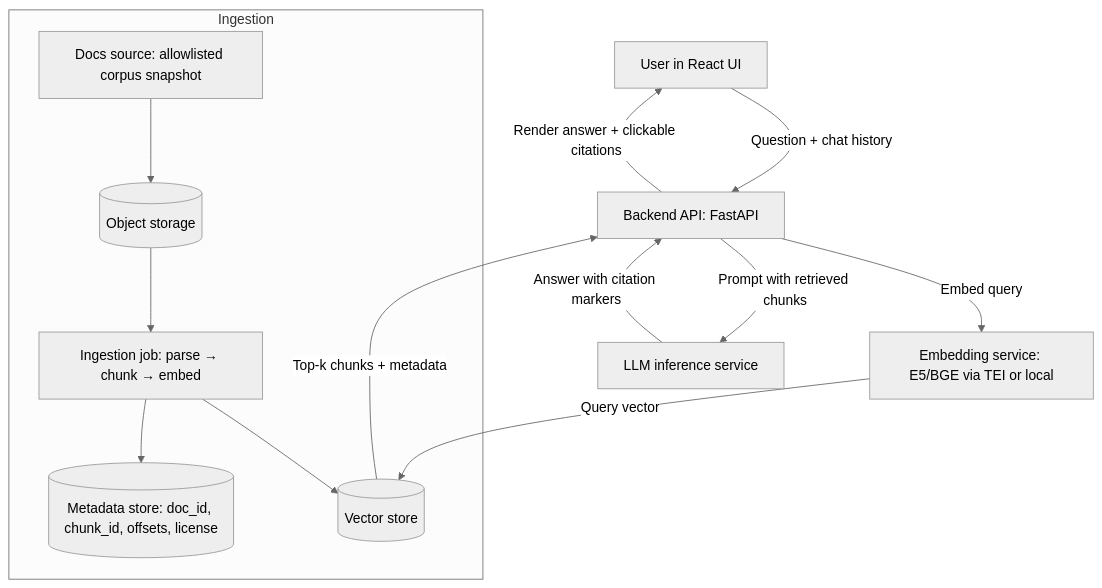
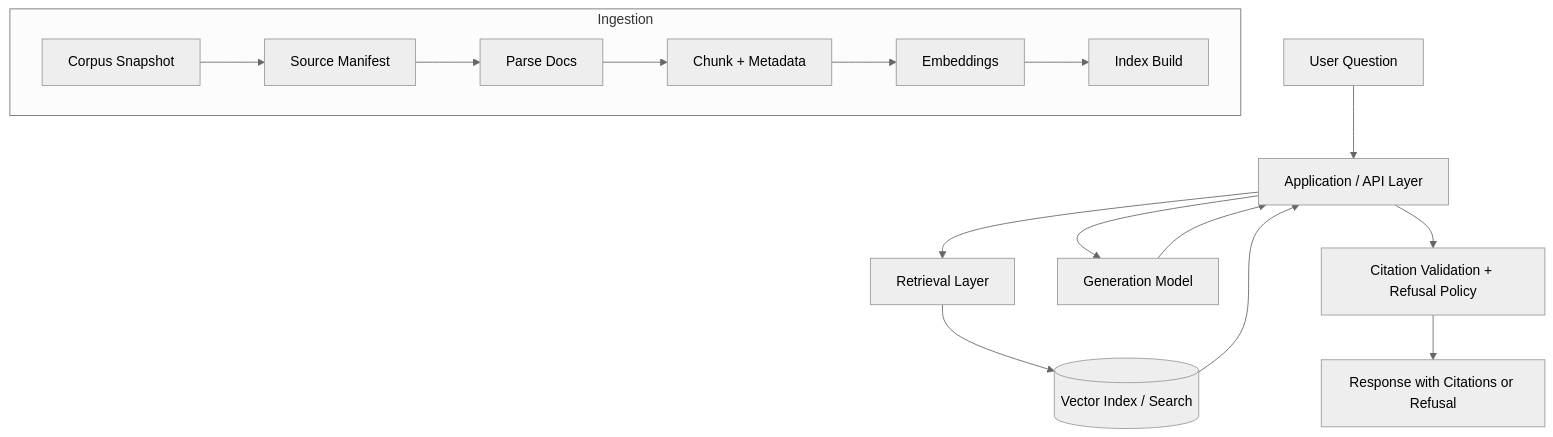
Before and after one commit to pylabview/supportdoc-rag-chatbot: the diagram in README.md, drawn with Mermaid (neutral theme). The commit also changed other lines of this file and 1 other file, not shown here.

First line of the commit message:
On branch doc/11-create-README-with-architecture-overview (#21)

````diff
--- a/README.md
+++ b/README.md
@@ -168,18 +63,21 @@
 ```mermaid
 flowchart TB
-  U[User in React UI] -->|Question + chat history| API[Backend API: FastAPI]
-  API -->|Embed query| EMB[Embedding service: E5/BGE via TEI or local]
-  EMB -->|Query vector| VDB[(Vector store)]
-  VDB -->|Top-k chunks + metadata| API
-  API -->|Prompt with retrieved chunks| LLM[LLM inference service]
-  LLM -->|Answer with citation markers| API
-  API -->|Render answer + clickable citations| U
+    U[User Question] --> API[Application / API Layer]
+    API --> RET[Retrieval Layer]
+    RET --> VDB[(Vector Index / Search)]
+    VDB --> API
+    API --> LLM[Generation Model]
+    LLM --> API
+    API --> VAL[Citation Validation + Refusal Policy]
+    VAL --> R[Response with Citations or Refusal]
 
-  %% Ingestion process below
-  subgraph Ingestion
-    DOCS[Docs source: allowlisted corpus snapshot] --> S3[(Object storage)]
-    S3 --> ING[Ingestion job: parse → chunk → embed]
-    ING --> VDB
-    ING --> META[(Metadata store: doc_id, chunk_id, offsets, license)]
-  end
+    subgraph Ingestion
+        SRC[Corpus Snapshot]
+        MAN[Source Manifest]
+        PARSE[Parse Docs]
+        CHUNK[Chunk + Metadata]
+        EMB[Embeddings]
+        IDX[Index Build]
+        SRC --> MAN --> PARSE --> CHUNK --> EMB --> IDX
+    end
 ```
````
